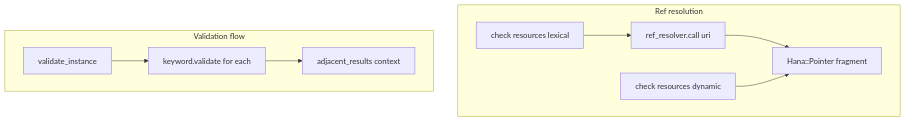
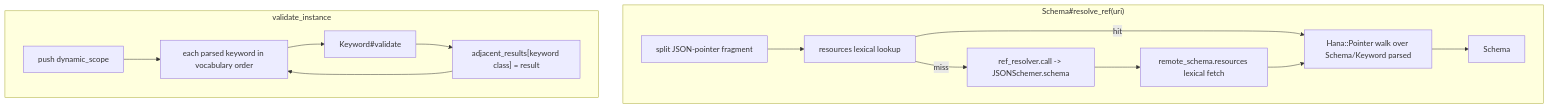
One commit to goddtriffin/json-schema-rs changed the second of 2 diagrams in research/reports/ruby/davishmcclurg-json_schemer.md. Above: the diagram before and after it, drawn with Mermaid. The commit also changed other lines of this file and 51 other files, not shown here.

````diff
--- a/research/reports/ruby/davishmcclurg-json_schemer.md
+++ b/research/reports/ruby/davishmcclurg-json_schemer.md
@@ -124,19 +124,17 @@
 ```mermaid
 flowchart TB
-  subgraph refResolution [Ref resolution]
-    LexicalCheck[check resources lexical]
-    DynamicCheck[check resources dynamic]
-    RefResolver[ref_resolver.call uri]
-    PointerResolve[Hana::Pointer fragment]
-    LexicalCheck --> RefResolver
-    RefResolver --> PointerResolve
-    DynamicCheck --> PointerResolve
+  subgraph refRes ["Schema#resolve_ref(uri)"]
+    Frag["split JSON-pointer fragment"] --> Lex["resources lexical lookup"]
+    Lex -->|miss| Remote["ref_resolver.call -> JSONSchemer.schema"]
+    Remote --> Lex2["remote_schema.resources lexical fetch"]
+    Lex -->|hit| Ptr
+    Lex2 --> Ptr["Hana::Pointer walk over Schema/Keyword parsed"]
+    Ptr --> Found["Schema"]
   end
-  subgraph validationFlow [Validation flow]
-    ValidateInstance[validate_instance]
-    KeywordLoop[keyword.validate for each]
-    AdjacentResults[adjacent_results context]
-    ValidateInstance --> KeywordLoop
-    KeywordLoop --> AdjacentResults
+  subgraph run ["validate_instance"]
+    Push["push dynamic_scope"] --> Loop["each parsed keyword in vocabulary order"]
+    Loop --> KV["Keyword#validate"]
+    KV --> Adj["adjacent_results[keyword class] = result"]
+    Adj --> Loop
   end
 ```
````
